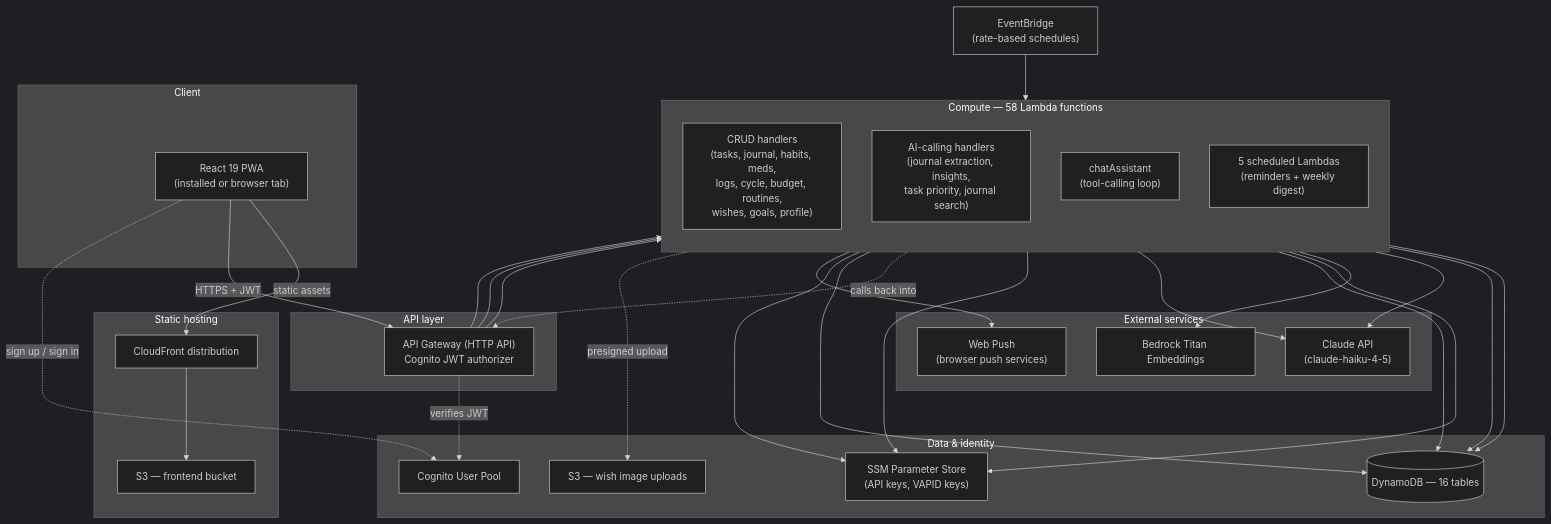
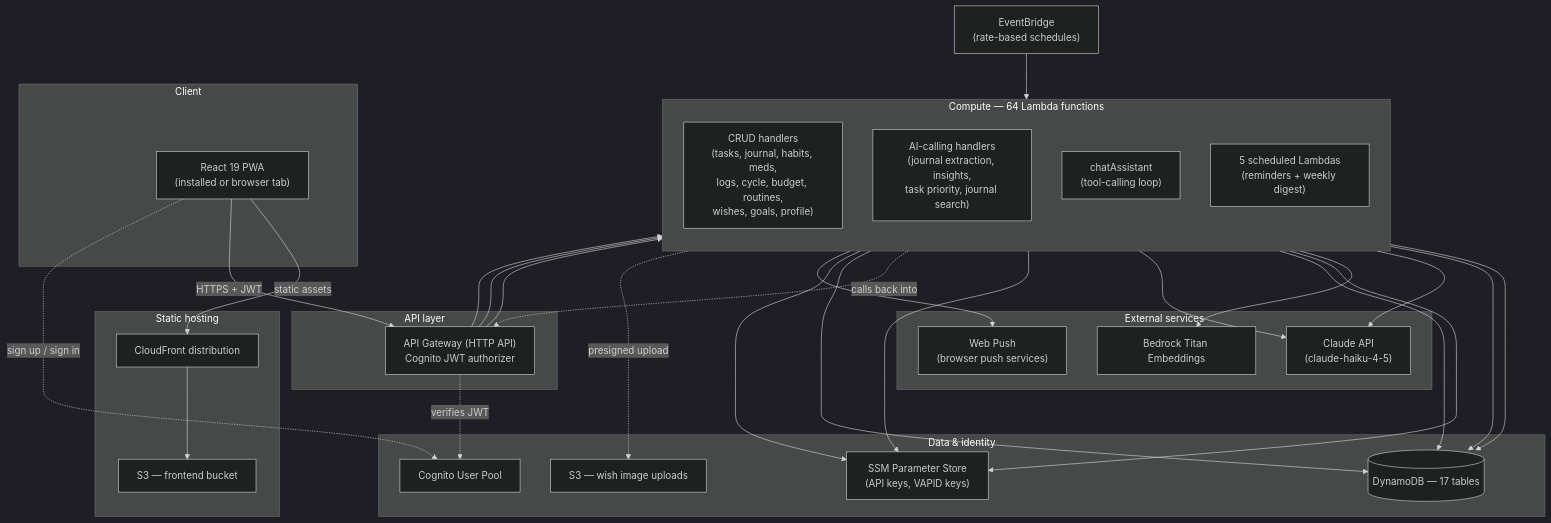
The diagram in docs/ARCHITECTURE.md (pragya0905/LifeOS), drawn with Mermaid (dark theme) before and after one commit. The commit also changed other lines of this file and 3 other files, not shown here.

````diff
--- a/docs/ARCHITECTURE.md
+++ b/docs/ARCHITECTURE.md
@@ -52,60 +52,60 @@
 ```mermaid
 flowchart TB
     subgraph Client
       PWA["React 19 PWA<br/>(installed or browser tab)"]
     end
 
     subgraph Edge["Static hosting"]
       CF["CloudFront distribution"]
       S3F["S3 — frontend bucket"]
     end
 
     subgraph API["API layer"]
       APIGW["API Gateway (HTTP API)<br/>Cognito JWT authorizer"]
     end
 
-    subgraph Compute["Compute — 58 Lambda functions"]
+    subgraph Compute["Compute — 64 Lambda functions"]
       direction TB
       CRUD["CRUD handlers<br/>(tasks, journal, habits, meds,<br/>logs, cycle, budget, routines,<br/>wishes, goals, profile)"]
       AICALLS["AI-calling handlers<br/>(journal extraction, insights,<br/>task priority, journal search)"]
       ASSIST["chatAssistant<br/>(tool-calling loop)"]
       SCHED["5 scheduled Lambdas<br/>(reminders + weekly digest)"]
     end
 
     subgraph Data["Data & identity"]
-      DDB[("DynamoDB — 16 tables")]
+      DDB[("DynamoDB — 17 tables")]
       COGNITO["Cognito User Pool"]
       SSM["SSM Parameter Store<br/>(API keys, VAPID keys)"]
       S3W["S3 — wish image uploads"]
     end
 
     subgraph External["External services"]
       CLAUDE["Claude API<br/>(claude-haiku-4-5)"]
       BEDROCK["Bedrock Titan Embeddings"]
       PUSH["Web Push<br/>(browser push services)"]
     end
 
     EB["EventBridge<br/>(rate-based schedules)"]
 
     PWA -- static assets --> CF --> S3F
     PWA -- HTTPS + JWT --> APIGW
     APIGW --> CRUD
     APIGW --> AICALLS
     APIGW --> ASSIST
     CRUD --> DDB
     AICALLS --> DDB
     AICALLS --> CLAUDE
     AICALLS --> BEDROCK
     AICALLS --> SSM
     ASSIST --> DDB
     ASSIST --> CLAUDE
     ASSIST --> SSM
     ASSIST -. calls back into .-> APIGW
     PWA -. sign up / sign in .-> COGNITO
     APIGW -. verifies JWT .-> COGNITO
     EB --> SCHED
     SCHED --> DDB
     SCHED --> SSM
     SCHED --> PUSH
     CRUD -. presigned upload .-> S3W
 ```
````
